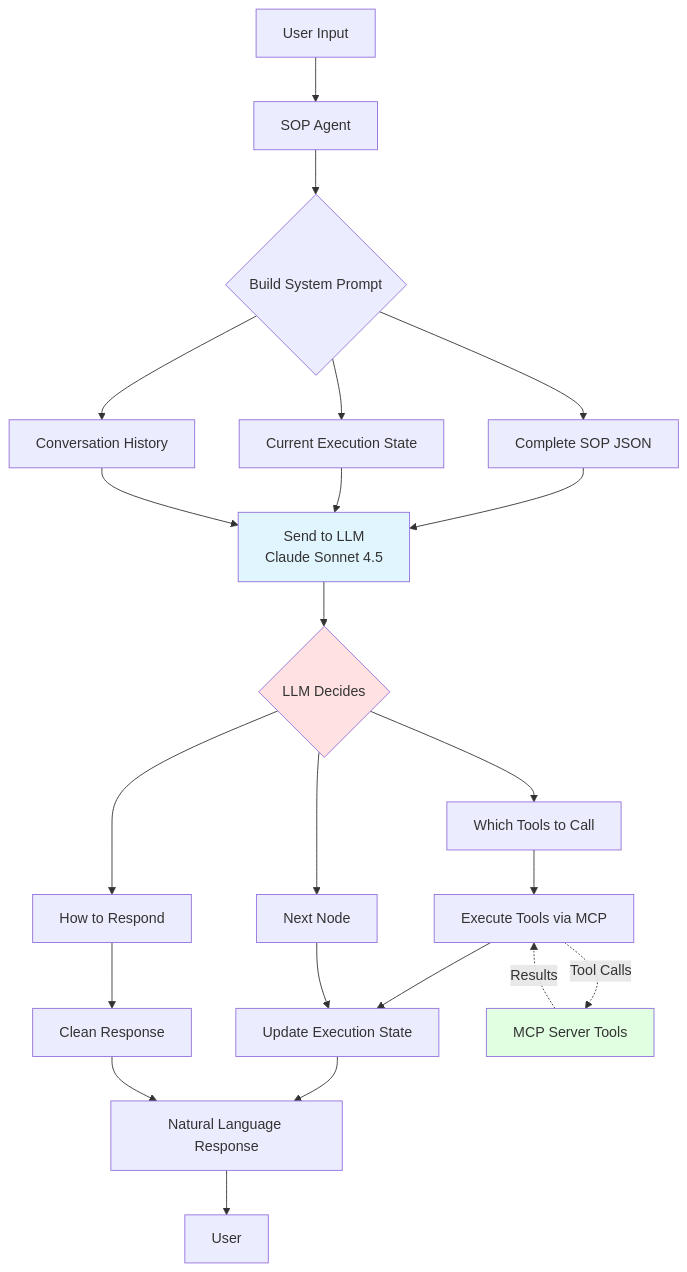
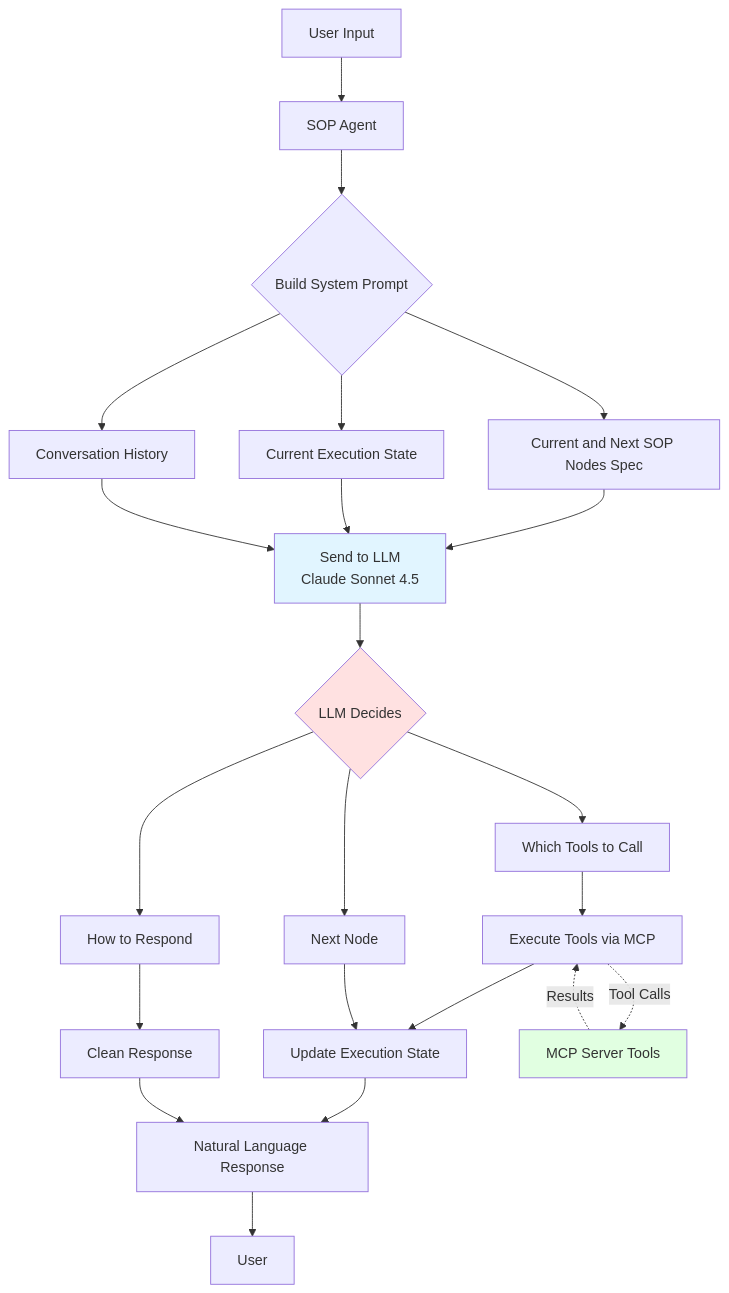
Before and after one commit to rolando-santamaria-dhse/llm-sop-engine-poc: the first of 2 diagrams in README.md, drawn with Mermaid.

Commit message:
fixing flow node description

````diff
--- a/README.md
+++ b/README.md
@@ -24,29 +24,29 @@
 ```mermaid
 graph TD
     A[User Input] --> B[SOP Agent]
     B --> C{Build System Prompt}
-    C --> D[Complete SOP JSON]
+    C --> D[Current and Next SOP Nodes Spec]
     C --> E[Current Execution State]
     C --> F[Conversation History]
     D --> G[Send to LLM<br/>Claude Sonnet 4.5]
     E --> G
     F --> G
     G --> H{LLM Decides}
     H --> I[Which Tools to Call]
     H --> J[How to Respond]
     H --> K[Next Node]
     I --> L[Execute Tools via MCP]
     L --> M[Update Execution State]
     J --> N[Clean Response]
     K --> M
     M --> O[Natural Language Response]
     N --> O
     O --> P[User]
 
     L -.->|Tool Calls| Q[MCP Server Tools]
     Q -.->|Results| L
 
     style G fill:#e1f5ff
     style H fill:#ffe1e1
     style Q fill:#e1ffe1
 ```
````
